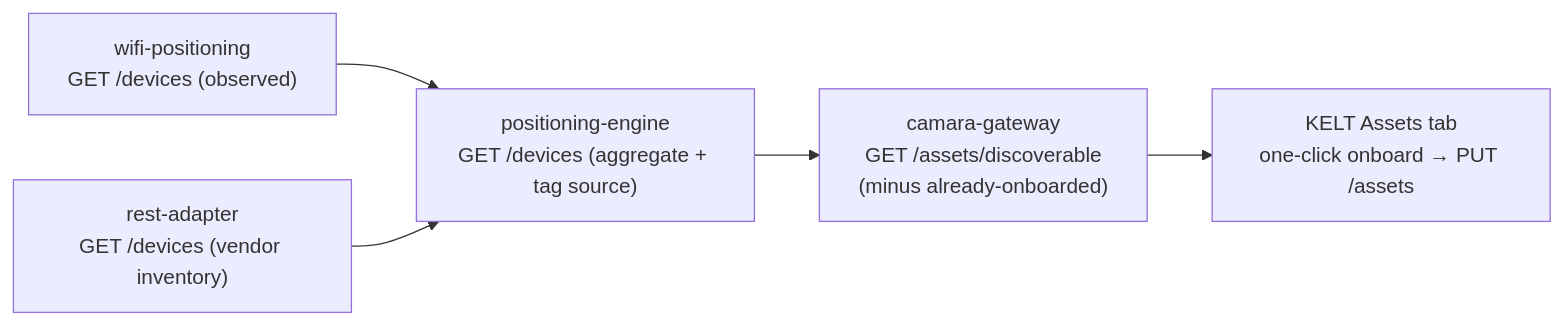
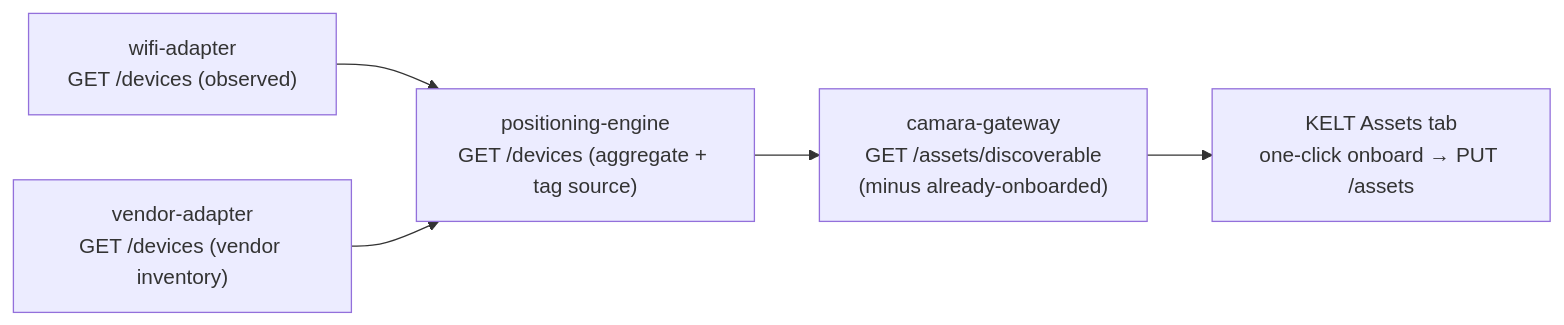
Before and after one commit to Jacobbista/5g-northbound: the second of 2 diagrams in docs/asset-registry.md, drawn with Mermaid. The commit also changed other lines of this file and 241 other files, not shown here.

````diff
--- a/docs/asset-registry.md
+++ b/docs/asset-registry.md
@@ -110,7 +110,7 @@
 ```mermaid
 flowchart LR
-    W["wifi-positioning<br/>GET /devices (observed)"] --> E["positioning-engine<br/>GET /devices (aggregate + tag source)"]
-    R["rest-adapter<br/>GET /devices (vendor inventory)"] --> E
+    W["wifi-adapter<br/>GET /devices (observed)"] --> E["positioning-engine<br/>GET /devices (aggregate + tag source)"]
+    R["vendor-adapter<br/>GET /devices (vendor inventory)"] --> E
     E --> G["camara-gateway<br/>GET /assets/discoverable<br/>(minus already-onboarded)"]
     G --> K["KELT Assets tab<br/>one-click onboard → PUT /assets"]
 ```
````
